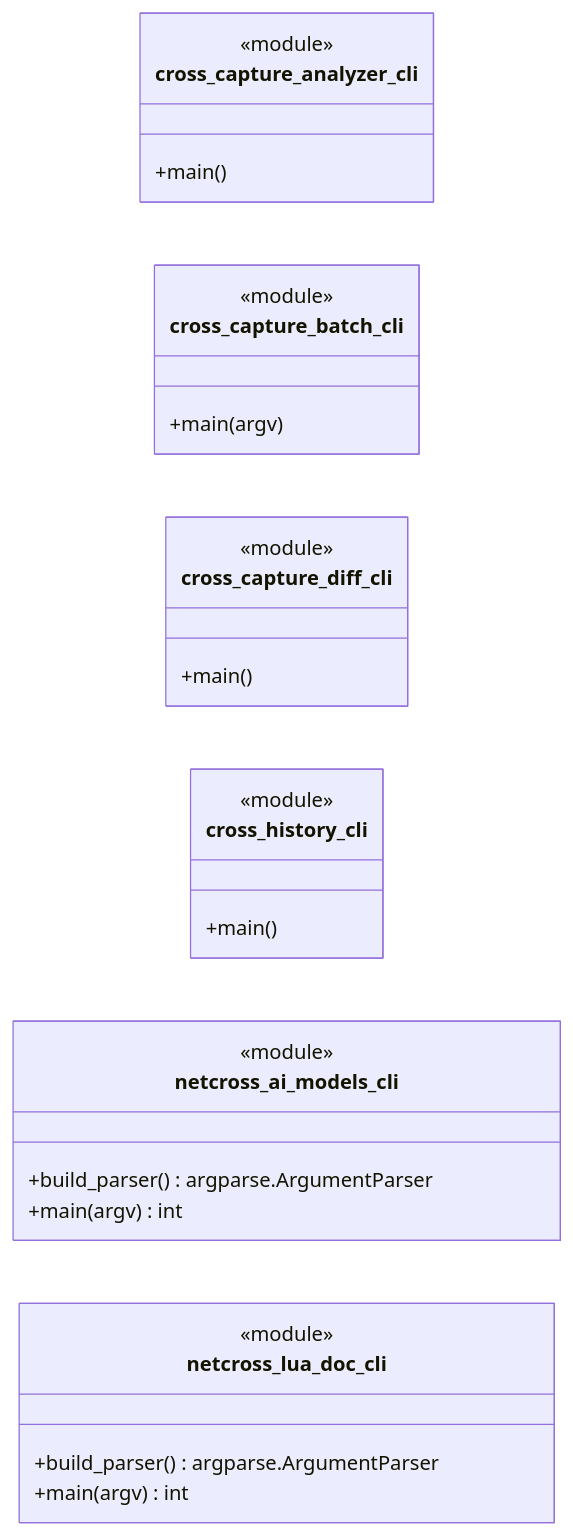
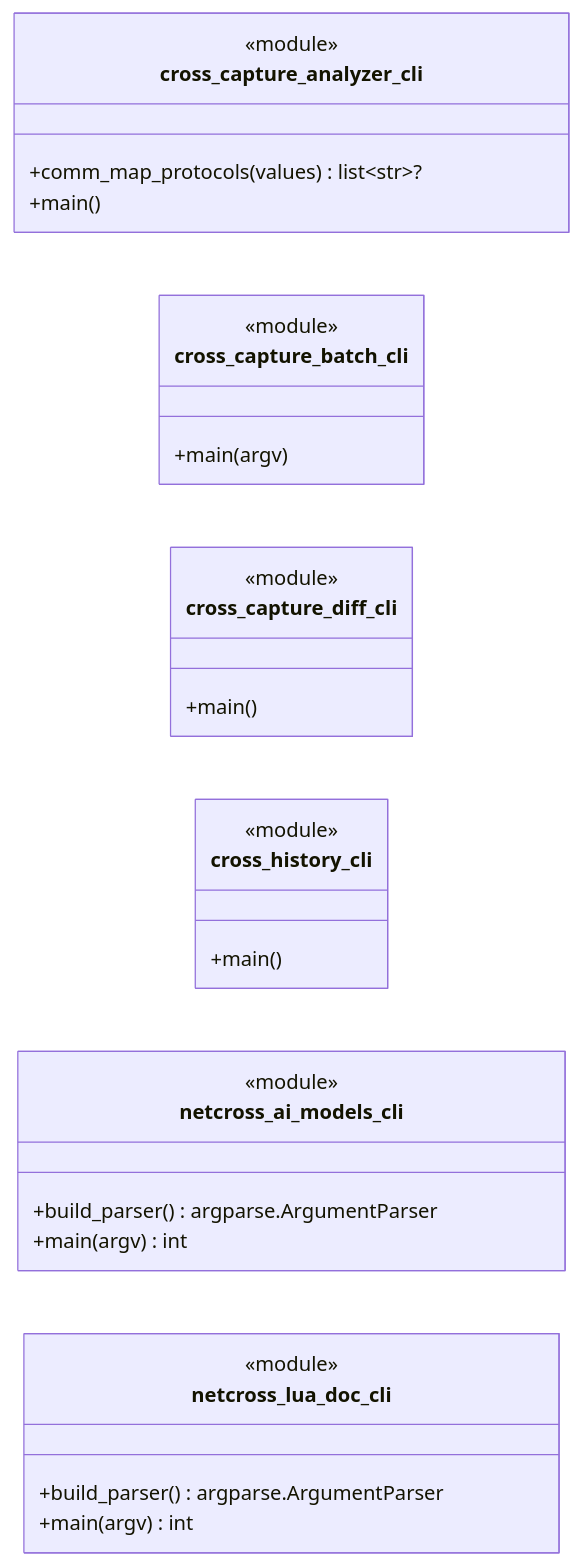
One commit to Mathide-Team/Netcross changed diagram 20 of 20 in docs/class-diagram.md. Above: the diagram before and after it, drawn with Mermaid. The commit also changed other lines of this file and 8 other files, not shown here.

````diff
--- a/docs/class-diagram.md
+++ b/docs/class-diagram.md
@@ -4905,42 +4909,43 @@
 ```mermaid
 classDiagram
     direction LR
 
     %% ===== cross_capture_analyzer_cli =====
     class mod_cross_capture_analyzer_cli["cross_capture_analyzer_cli"] {
         <<module>>
+        +comm_map_protocols(values) list~str~?
         +main()
     }
 
     %% ===== cross_capture_batch_cli =====
     class mod_cross_capture_batch_cli["cross_capture_batch_cli"] {
         <<module>>
         +main(argv)
     }
 
     %% ===== cross_capture_diff_cli =====
     class mod_cross_capture_diff_cli["cross_capture_diff_cli"] {
         <<module>>
         +main()
     }
 
     %% ===== cross_history_cli =====
     class mod_cross_history_cli["cross_history_cli"] {
         <<module>>
         +main()
     }
 
     %% ===== netcross_ai_models_cli =====
     class mod_netcross_ai_models_cli["netcross_ai_models_cli"] {
         <<module>>
         +build_parser() argparse.ArgumentParser
         +main(argv) int
     }
 
     %% ===== netcross_lua_doc_cli =====
     class mod_netcross_lua_doc_cli["netcross_lua_doc_cli"] {
         <<module>>
         +build_parser() argparse.ArgumentParser
         +main(argv) int
     }
 ```
````
